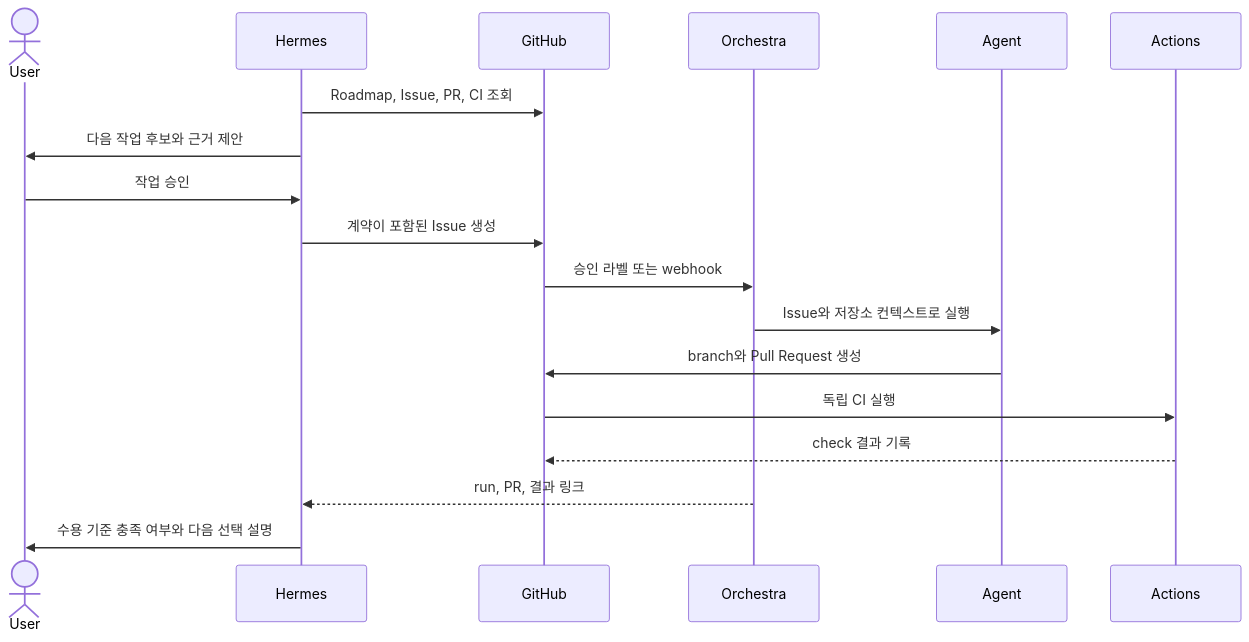
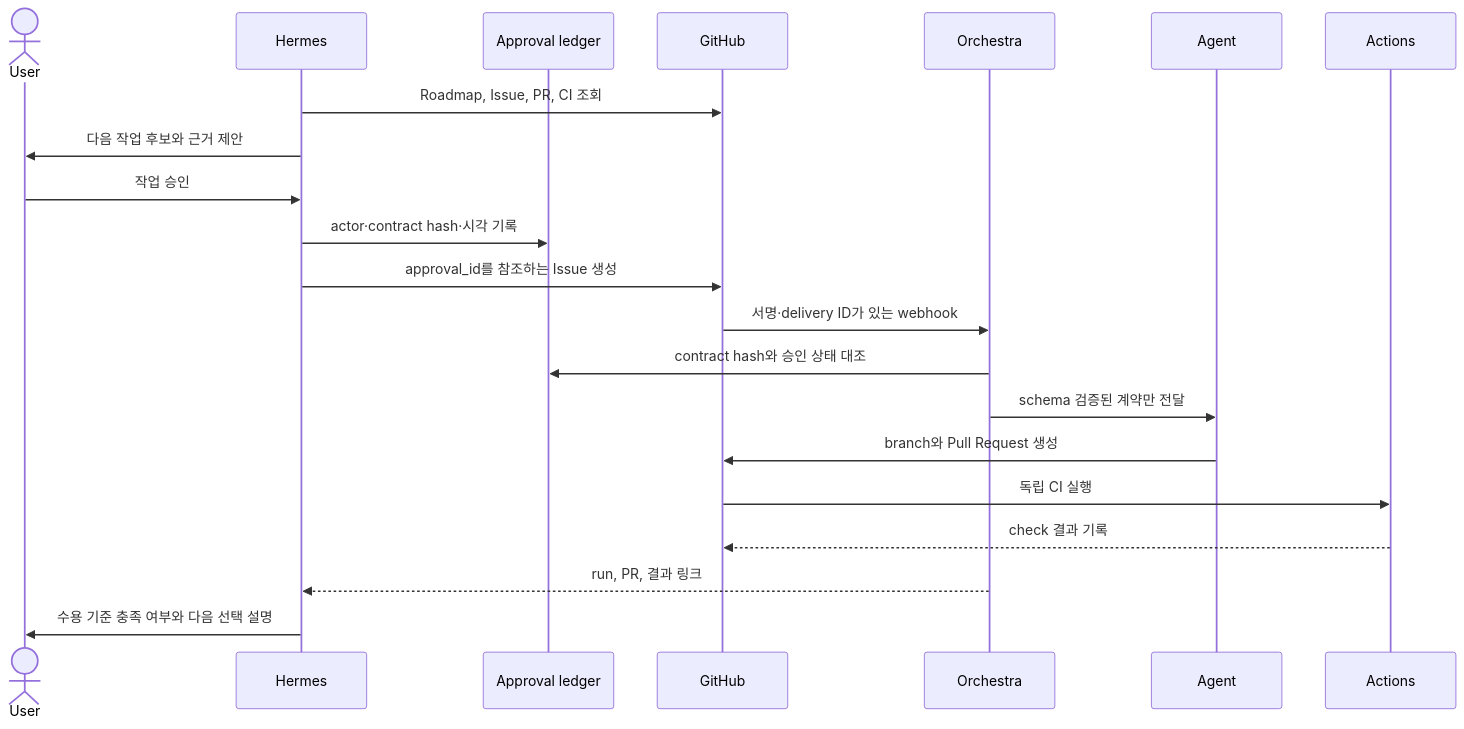
One commit to yjs000/wiki changed the ninth of 12 diagrams in docs/ai-agent-systems/harness-engineering-codex-hermes-orchestra.md. Above: the diagram before and after it, drawn with Mermaid. The commit also changed other lines of this file and 1 other file, not shown here.

Commit message:
docs: harden agent workflow contracts

````diff
--- a/docs/ai-agent-systems/harness-engineering-codex-hermes-orchestra.md
+++ b/docs/ai-agent-systems/harness-engineering-codex-hermes-orchestra.md
@@ -668,21 +697,24 @@
 ```mermaid
 sequenceDiagram
     actor User
     participant Hermes
+    participant Ledger as Approval ledger
     participant GitHub
     participant Orchestra
     participant Agent
     participant Actions
 
     Hermes->>GitHub: Roadmap, Issue, PR, CI 조회
     Hermes->>User: 다음 작업 후보와 근거 제안
     User->>Hermes: 작업 승인
-    Hermes->>GitHub: 계약이 포함된 Issue 생성
-    GitHub->>Orchestra: 승인 라벨 또는 webhook
-    Orchestra->>Agent: Issue와 저장소 컨텍스트로 실행
+    Hermes->>Ledger: actor·contract hash·시각 기록
+    Hermes->>GitHub: approval_id를 참조하는 Issue 생성
+    GitHub->>Orchestra: 서명·delivery ID가 있는 webhook
+    Orchestra->>Ledger: contract hash와 승인 상태 대조
+    Orchestra->>Agent: schema 검증된 계약만 전달
     Agent->>GitHub: branch와 Pull Request 생성
     GitHub->>Actions: 독립 CI 실행
     Actions-->>GitHub: check 결과 기록
     Orchestra-->>Hermes: run, PR, 결과 링크
     Hermes->>User: 수용 기준 충족 여부와 다음 선택 설명
 ```
````
